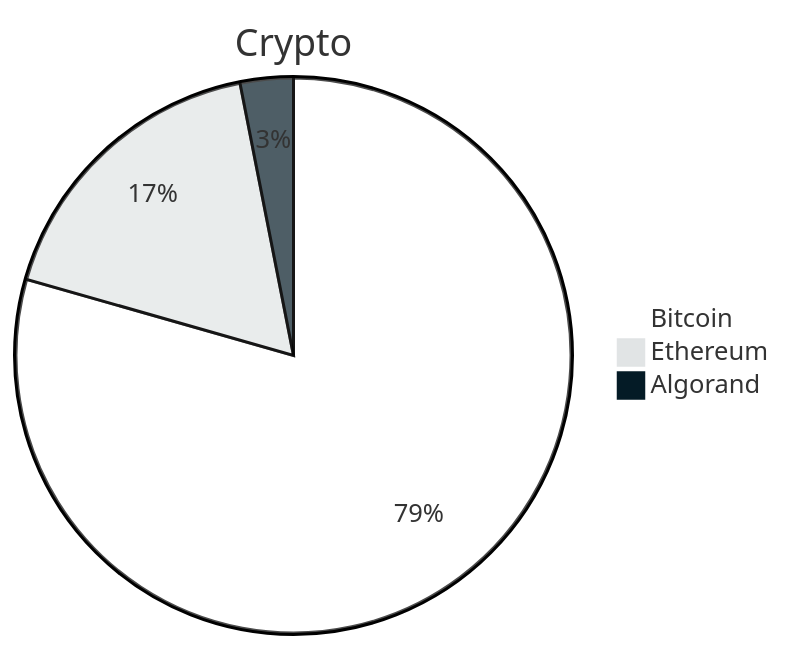
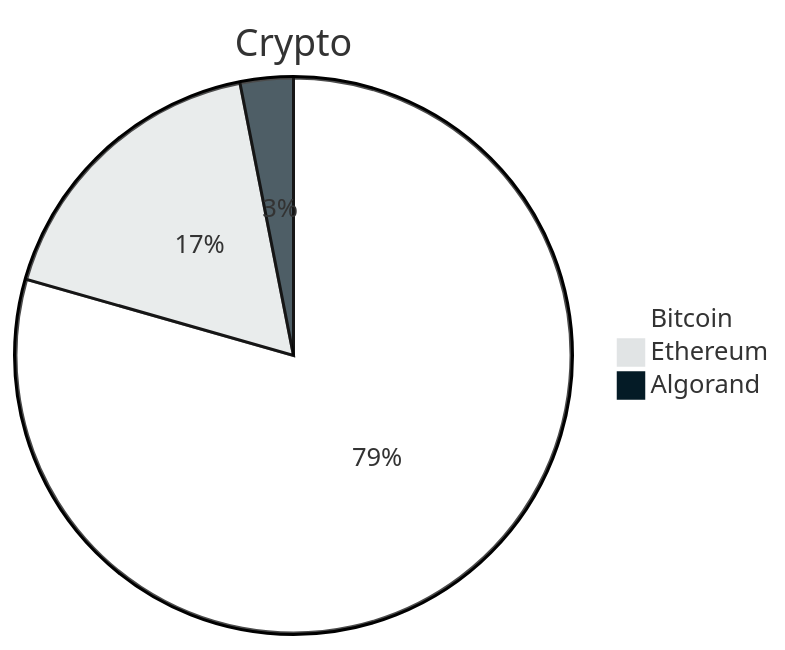
The second of 2 diagrams in README.md (block-foundation/brand), drawn with Mermaid before and after one commit. The commit also changed other lines of this file, not shown here.

````diff
--- a/README.md
+++ b/README.md
@@ -206,7 +206,7 @@
 ``` mermaid
-%%{init: {'theme': 'base', 'themeVariables': { 'pie1': '#FFFFFF', 'pie2': '#E1E4E5', 'pie3': '#041B26'}}}%%
+%%{init: {"theme": "base", "pie": {"textPosition": 0.5}, "themeVariables": { "pieOuterStrokeWidth": "2px", "pie1": "#FFFFFF", "pie2": "#E1E4E5", "pie3": "#041B26"}}}%%
 pie title Crypto
     "Bitcoin" : 386
     "Ethereum" : 85
     "Algorand" : 15
 ```
````
